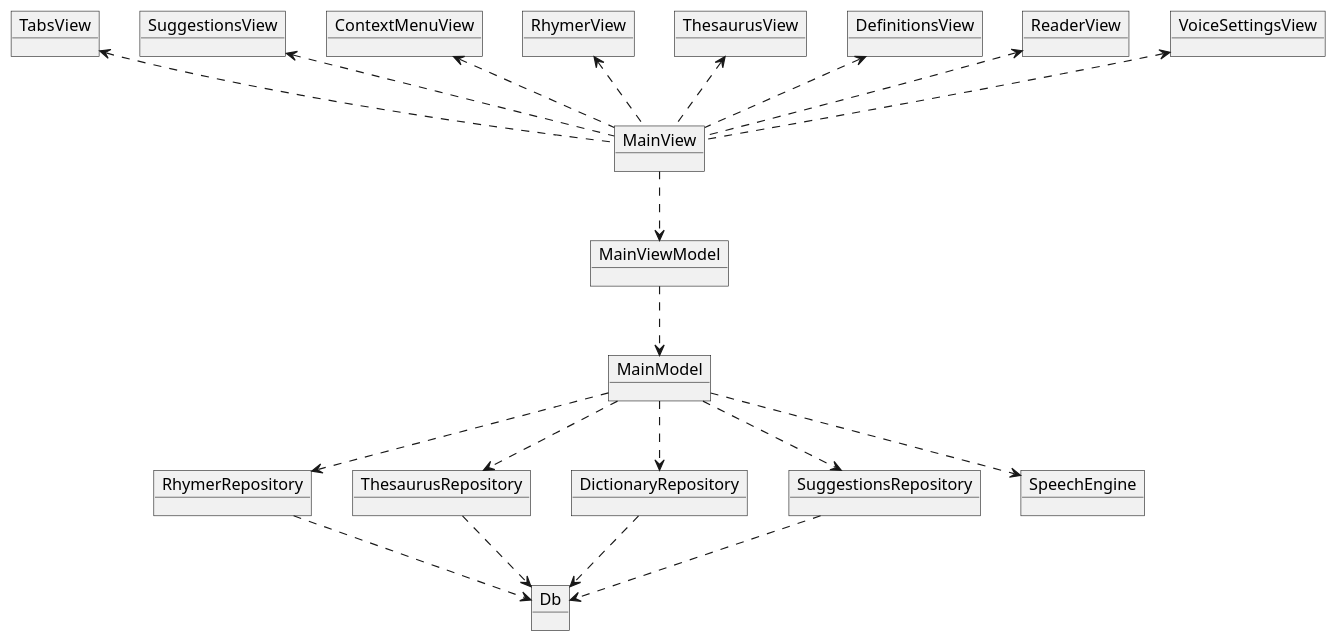
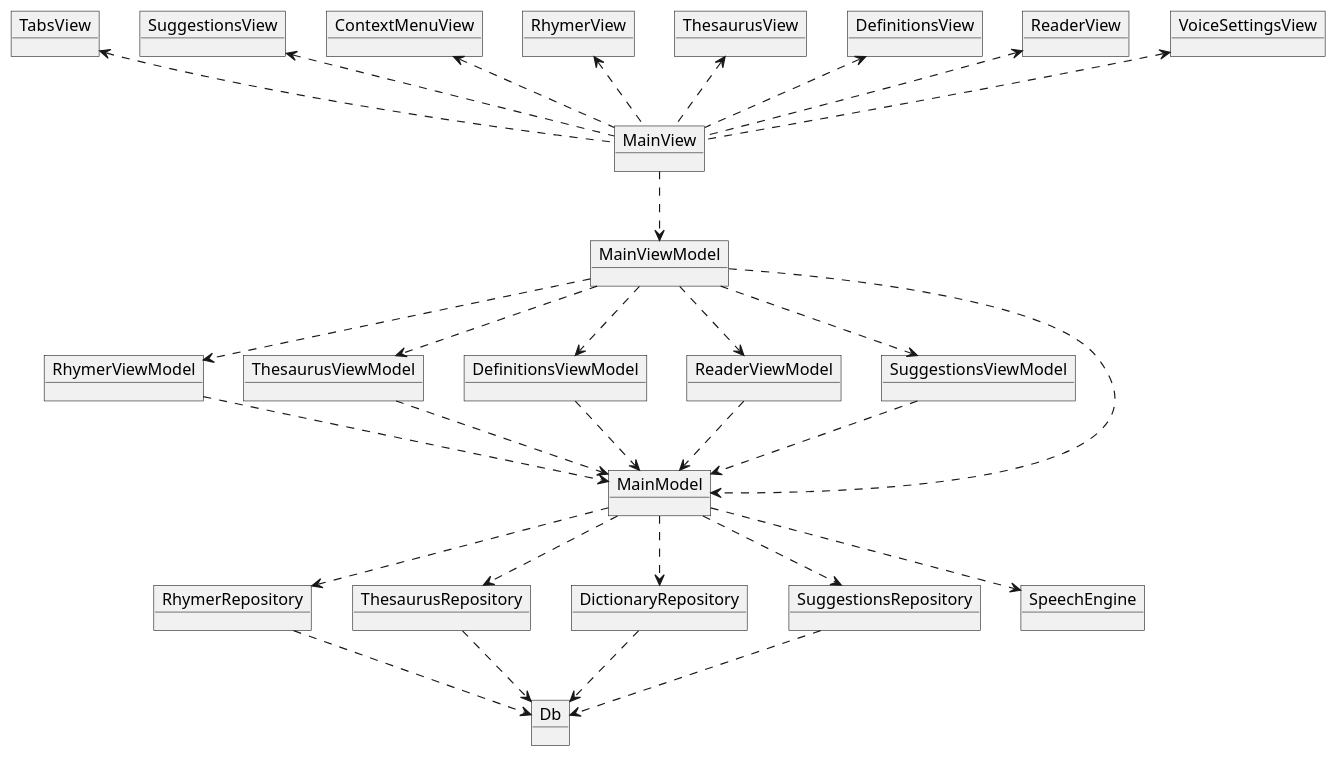
Before and after one commit to caarmen/poet-assistant-web: the diagram in doc/object-diagram.puml, drawn with PlantUML. The commit also changed 9 other files, not shown here.

Commit message:
Split MainViewModel into smaller viewmodels

```diff
--- a/doc/object-diagram.puml
+++ b/doc/object-diagram.puml
@@ -1,47 +1,63 @@
 @startuml
 object TabsView
 object SuggestionsView
 object ContextMenuView
 object RhymerView
 object ThesaurusView
 object DefinitionsView
 object ReaderView
 object VoiceSettingsView
 object MainView
 
 object MainViewModel
+object RhymerViewModel
+object ThesaurusViewModel
+object DefinitionsViewModel
+object ReaderViewModel
+object SuggestionsViewModel
 
 object MainModel
 object RhymerRepository
 object ThesaurusRepository
 object DictionaryRepository
 object SuggestionsRepository
 object SpeechEngine
 
 
 object Db
 
 TabsView <.. MainView
 ContextMenuView <.. MainView
 RhymerView <.. MainView
 ThesaurusView <.. MainView
 DefinitionsView <.. MainView
 ReaderView <.. MainView
 VoiceSettingsView <.. MainView
 SuggestionsView <.. MainView
 MainView ..> MainViewModel
 
 MainViewModel ..> MainModel
+MainViewModel ..> RhymerViewModel
+MainViewModel ..> ThesaurusViewModel
+MainViewModel ..> DefinitionsViewModel
+MainViewModel ..> ReaderViewModel
+MainViewModel ..> SuggestionsViewModel
+
+RhymerViewModel ..> MainModel
+ThesaurusViewModel ..> MainModel
+DefinitionsViewModel ..> MainModel
+ReaderViewModel ..> MainModel
+SuggestionsViewModel ..> MainModel
 
 MainModel ..> SpeechEngine
 MainModel ..> RhymerRepository
 MainModel ..> ThesaurusRepository 
 MainModel ..> DictionaryRepository
 MainModel ..> SuggestionsRepository
 
 RhymerRepository ..> Db
 ThesaurusRepository ..> Db
 DictionaryRepository ..> Db
 SuggestionsRepository ..> Db
 
 @enduml
```
